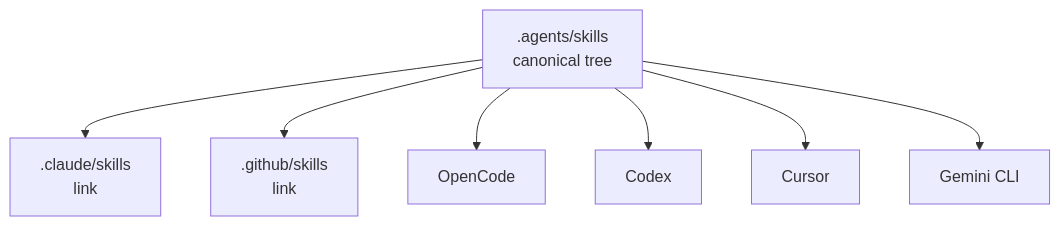
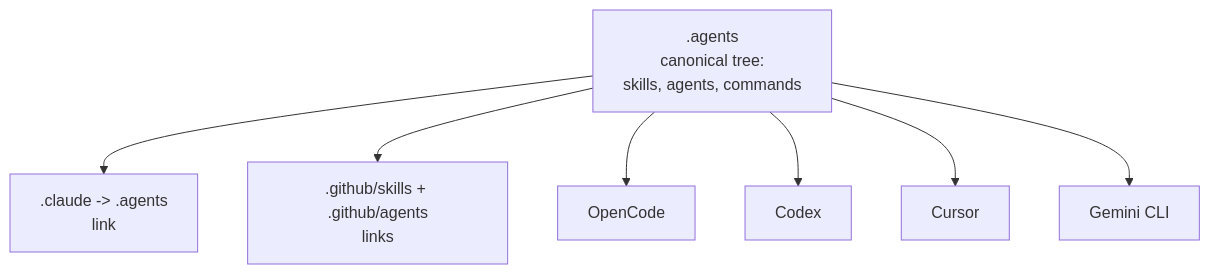
Before and after one commit to johndkane/agent-skills: the diagram in lode/layout/summary.md, drawn with Mermaid. The commit also changed other lines of this file and 36 other files, not shown here.

````diff
--- a/lode/layout/summary.md
+++ b/lode/layout/summary.md
@@ -5,9 +5,9 @@
 ```mermaid
 graph TD
-    A[".agents/skills<br/>canonical tree"] --> B[".claude/skills<br/>link"]
-    A --> C[".github/skills<br/>link"]
+    A[".agents<br/>canonical tree:<br/>skills, agents, commands"] --> B[".claude -> .agents<br/>link"]
+    A --> C[".github/skills + .github/agents<br/>links"]
     A --> D["OpenCode"]
     A --> E["Codex"]
     A --> F["Cursor"]
     A --> G["Gemini CLI"]
 ```
````
